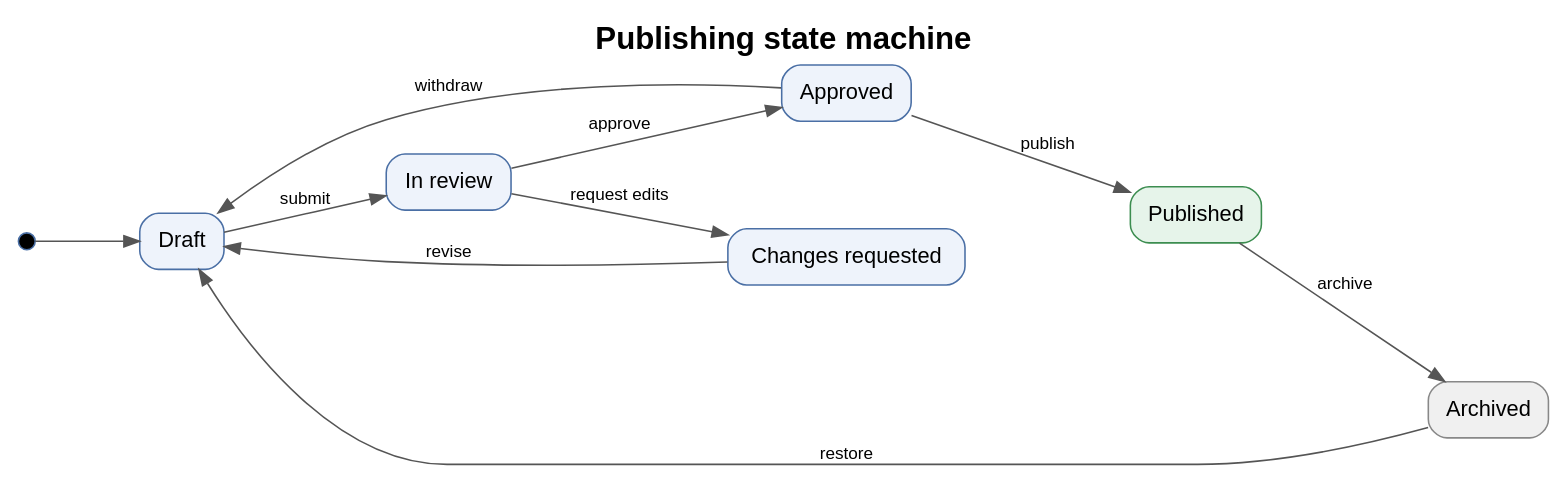
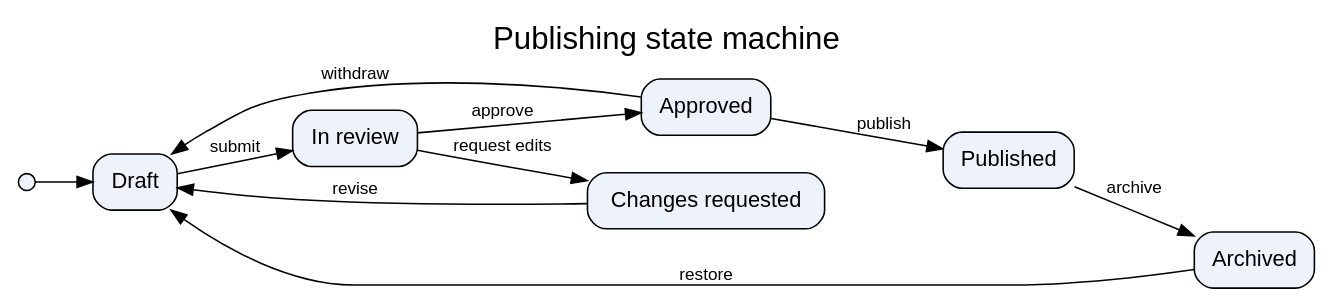
The diagram in docs/evaluations/agent-diagrams/tooled/state/dot.dot (byronwall/draftably), drawn with Graphviz before and after one commit. The commit also changed 59 other files, not shown here.

```diff
--- a/docs/evaluations/agent-diagrams/tooled/state/dot.dot
+++ b/docs/evaluations/agent-diagrams/tooled/state/dot.dot
@@ -1,31 +1,28 @@
 digraph publishing {
     label="Publishing state machine";
     labelloc=t;
     fontsize=20;
-    fontname="Helvetica-Bold";
+    fontname="Helvetica";
     rankdir=LR;
-    nodesep=0.6;
-    ranksep=0.9;
+    node [shape=box, style="rounded,filled", fillcolor="#eef3fb", fontname="Helvetica"];
+    edge [fontname="Helvetica", fontsize=11];
 
-    node [shape=box, style="rounded,filled", fillcolor="#eef3fb", color="#4a6fa5", fontname="Helvetica"];
-    edge [fontname="Helvetica", fontsize=11, color="#555555"];
-
-    start [shape=point, width=0.15, fillcolor=black, label=""];
+    start [shape=point, width=0.15, label=""];
 
     draft             [label="Draft"];
     in_review         [label="In review"];
     changes_requested [label="Changes requested"];
     approved          [label="Approved"];
-    published         [label="Published", fillcolor="#e6f4ea", color="#3c8d50"];
-    archived          [label="Archived", fillcolor="#f0f0f0", color="#888888"];
+    published         [label="Published"];
+    archived          [label="Archived"];
 
     start -> draft;
     draft -> in_review [label="submit"];
     in_review -> changes_requested [label="request edits"];
     changes_requested -> draft [label="revise"];
     in_review -> approved [label="approve"];
     approved -> published [label="publish"];
     approved -> draft [label="withdraw"];
     published -> archived [label="archive"];
     archived -> draft [label="restore"];
 }
```
